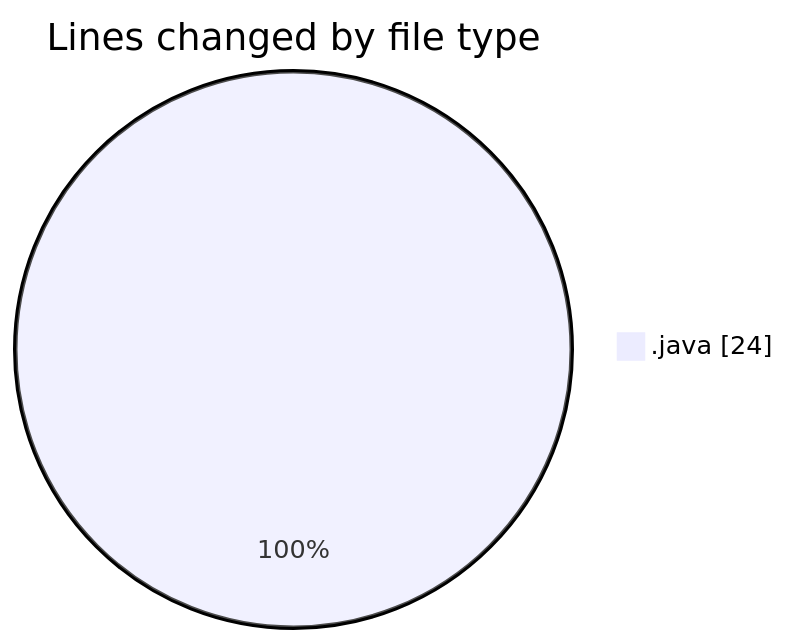
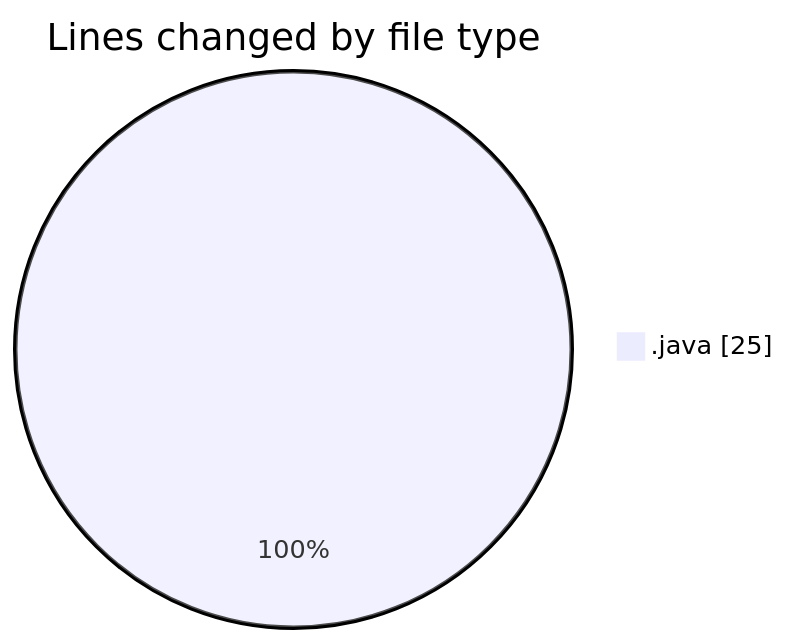
One commit to NitaiMahat/code-tracking changed the first of 2 diagrams in 2025-02-27/coding_prac_8/README.md. Above: the diagram before and after it, drawn with Mermaid. The commit also changed other lines of this file and 1 other file, not shown here.

````diff
--- a/2025-02-27/coding_prac_8/README.md
+++ b/2025-02-27/coding_prac_8/README.md
@@ -20,5 +20,5 @@
 ```mermaid
 pie showData
 title Lines changed by file type
-".java" : 24
+".java" : 25
 ```
````
